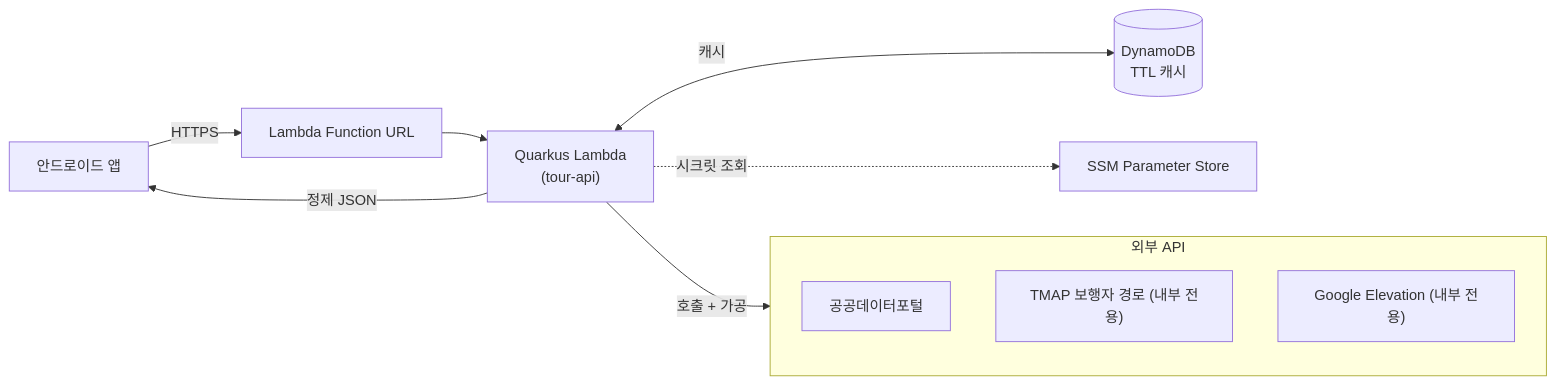
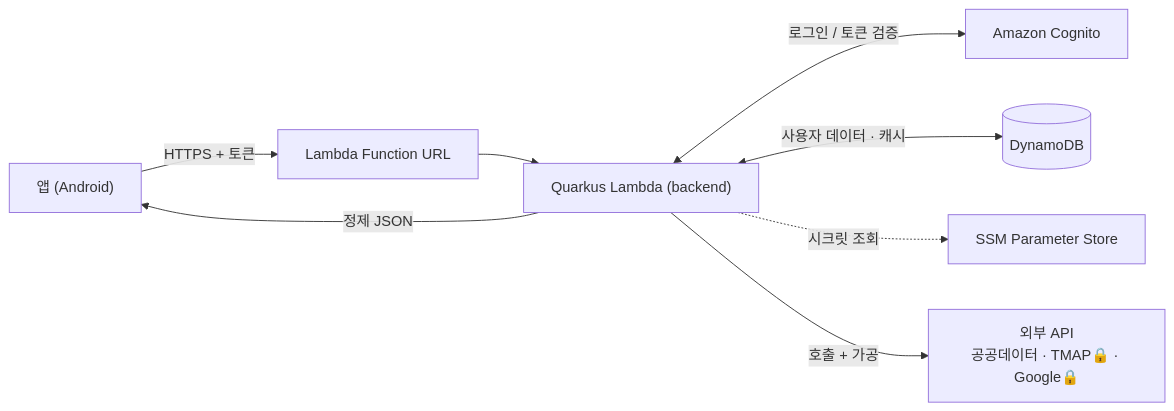
One commit to squarekimbap/backend changed the first of 2 diagrams in README.md. Above: the diagram before and after it, drawn with Mermaid. The commit also changed other lines of this file and 1 other file, not shown here.

First line of the commit message:
Reframe as full app backend; add CLAUDE.md and AWS free-tier limits

````diff
--- a/README.md
+++ b/README.md
@@ -31,15 +30,10 @@
 ```mermaid
 flowchart LR
-    App["안드로이드 앱"] -->|HTTPS| FU["Lambda Function URL"]
-    FU --> L["Quarkus Lambda<br/>(tour-api)"]
-    L -->|호출 + 가공| Ext
-    L <-->|캐시| DDB[("DynamoDB<br/>TTL 캐시")]
+    App["앱 (Android)"] -->|HTTPS + 토큰| FU["Lambda Function URL"]
+    FU --> L["Quarkus Lambda (backend)"]
+    L <-->|로그인 / 토큰 검증| COG["Amazon Cognito"]
+    L <-->|사용자 데이터 · 캐시| DDB[("DynamoDB")]
     L -.->|시크릿 조회| SSM["SSM Parameter Store"]
+    L -->|호출 + 가공| EXT["외부 API<br/>공공데이터 · TMAP🔒 · Google🔒"]
     L -->|정제 JSON| App
-
-    subgraph Ext["외부 API"]
-      TA["공공데이터포털"]
-      TM["TMAP 보행자 경로 (내부 전용)"]
-      EL["Google Elevation (내부 전용)"]
-    end
 ```
````
